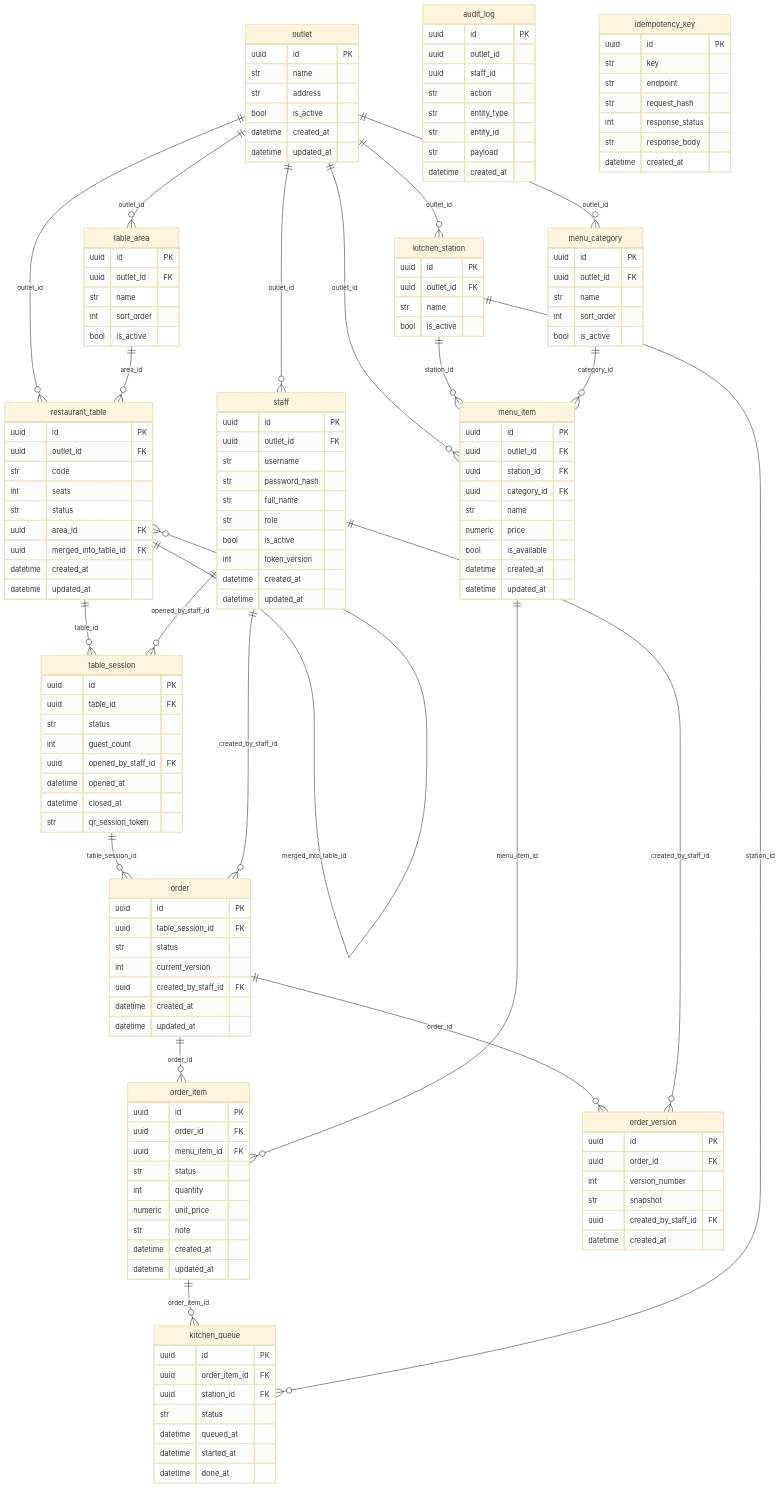
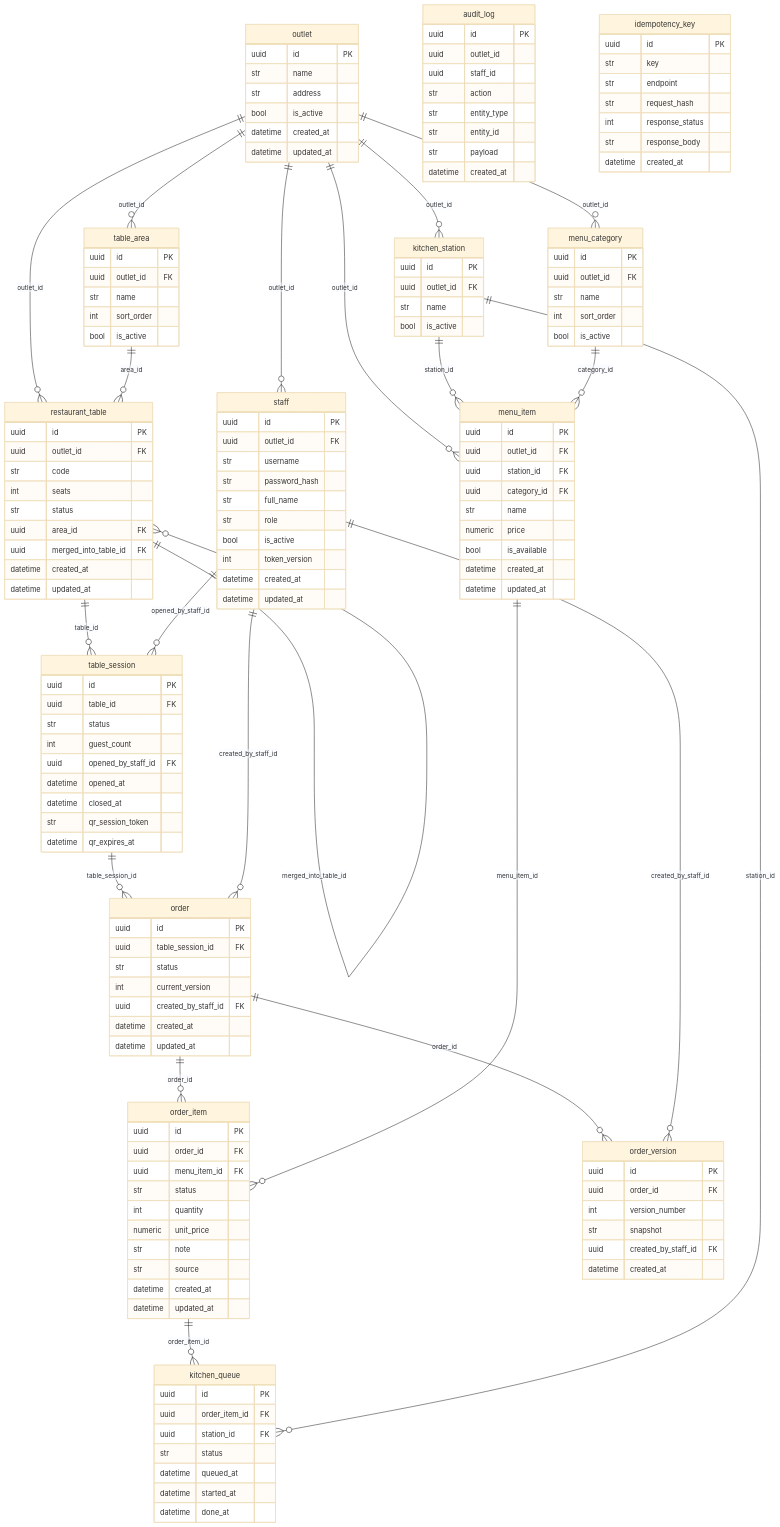
One commit to Mouse-hybrid/DU-AN-THUC-TAP changed the diagram in docs/erd.md. Above: the diagram before and after it, drawn with Mermaid (base theme). The commit also changed 18 other files, not shown here.

```diff
--- a/docs/erd.md
+++ b/docs/erd.md
@@ -59,6 +59,7 @@
         datetime opened_at
         datetime closed_at
         str qr_session_token
+        datetime qr_expires_at
     }
     "kitchen_station" {
         uuid id PK
@@ -101,6 +102,7 @@
         int quantity
         numeric unit_price
         str note
+        str source
         datetime created_at
         datetime updated_at
     }
```
